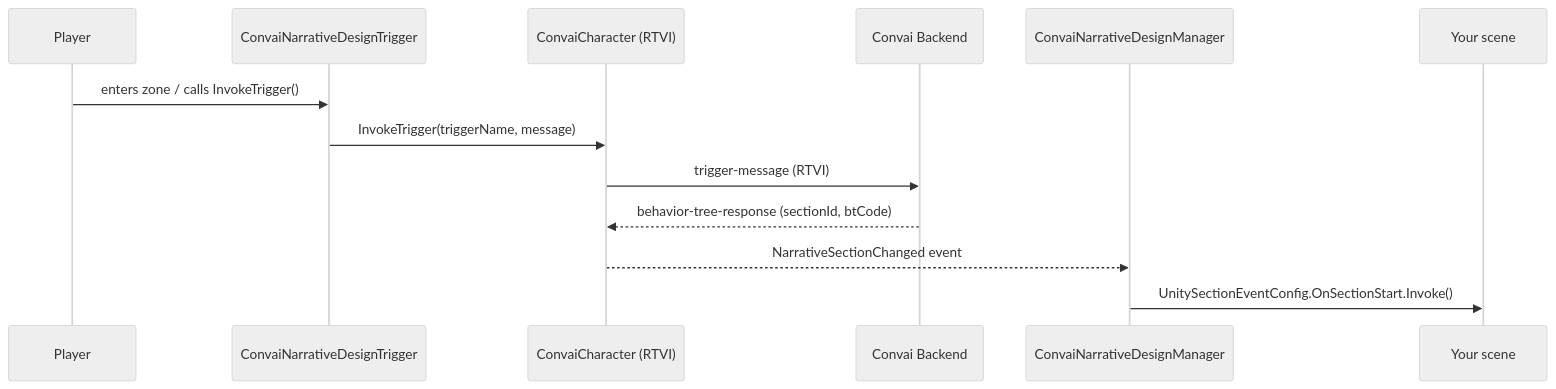
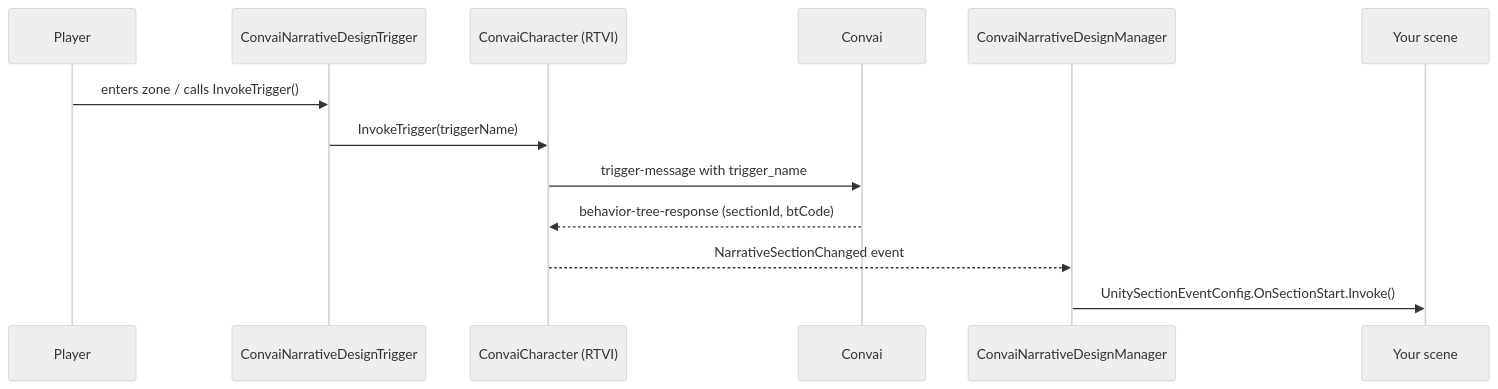
One commit to Conv-AI/Convai-Documentation changed the diagram in plugins-and-integrations/convai-unity-sdk/features/narrative-design/how-narrative-design-works.md. Above: the diagram before and after it, drawn with Mermaid (neutral theme). The commit also changed other lines of this file and 10 other files, not shown here.

````diff
--- a/plugins-and-integrations/convai-unity-sdk/features/narrative-design/how-narrative-design-works.md
+++ b/plugins-and-integrations/convai-unity-sdk/features/narrative-design/how-narrative-design-works.md
@@ -12,16 +12,16 @@
 ```mermaid
 sequenceDiagram
     participant Player
     participant Trigger as ConvaiNarrativeDesignTrigger
     participant Char as ConvaiCharacter (RTVI)
-    participant Backend as Convai Backend
+    participant Backend as Convai
     participant Manager as ConvaiNarrativeDesignManager
     participant Scene as Your scene
 
     Player->>Trigger: enters zone / calls InvokeTrigger()
-    Trigger->>Char: InvokeTrigger(triggerName, message)
-    Char->>Backend: trigger-message (RTVI)
+    Trigger->>Char: InvokeTrigger(triggerName)
+    Char->>Backend: trigger-message with trigger_name
     Backend-->>Char: behavior-tree-response (sectionId, btCode)
     Char-->>Manager: NarrativeSectionChanged event
     Manager->>Scene: UnitySectionEventConfig.OnSectionStart.Invoke()
 ```
````
